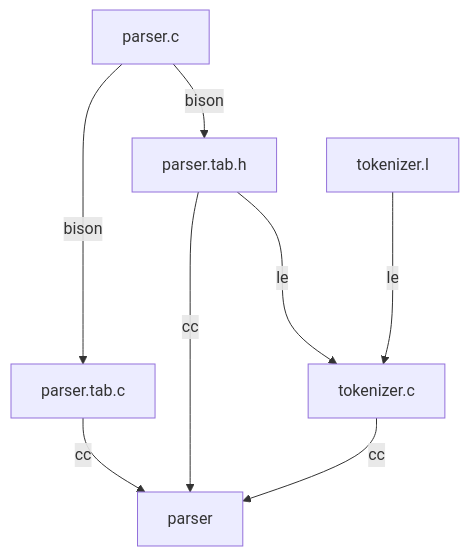
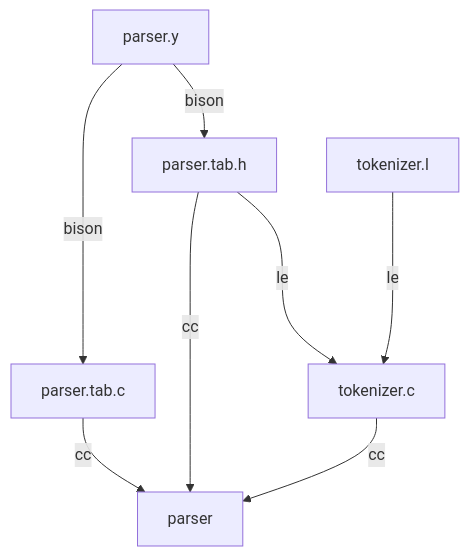
The diagram in README.md (mveeneman/FlexBison), drawn with Mermaid before and after one commit. The commit also changed other lines of this file, not shown here.

````diff
--- a/README.md
+++ b/README.md
@@ -20,10 +20,10 @@
 ```mermaid
 graph TD;
-    A[parser.c]--bison--> B[parser.tab.h];
+    A[parser.y]--bison--> B[parser.tab.h];
     A--bison--> C[parser.tab.c];
     B--lex--> D[tokenizer.c];
     E[tokenizer.l]--lex--> D;
     C--cc--> F[parser]
     B--cc--> F
     D--cc--> F
 ```
````
